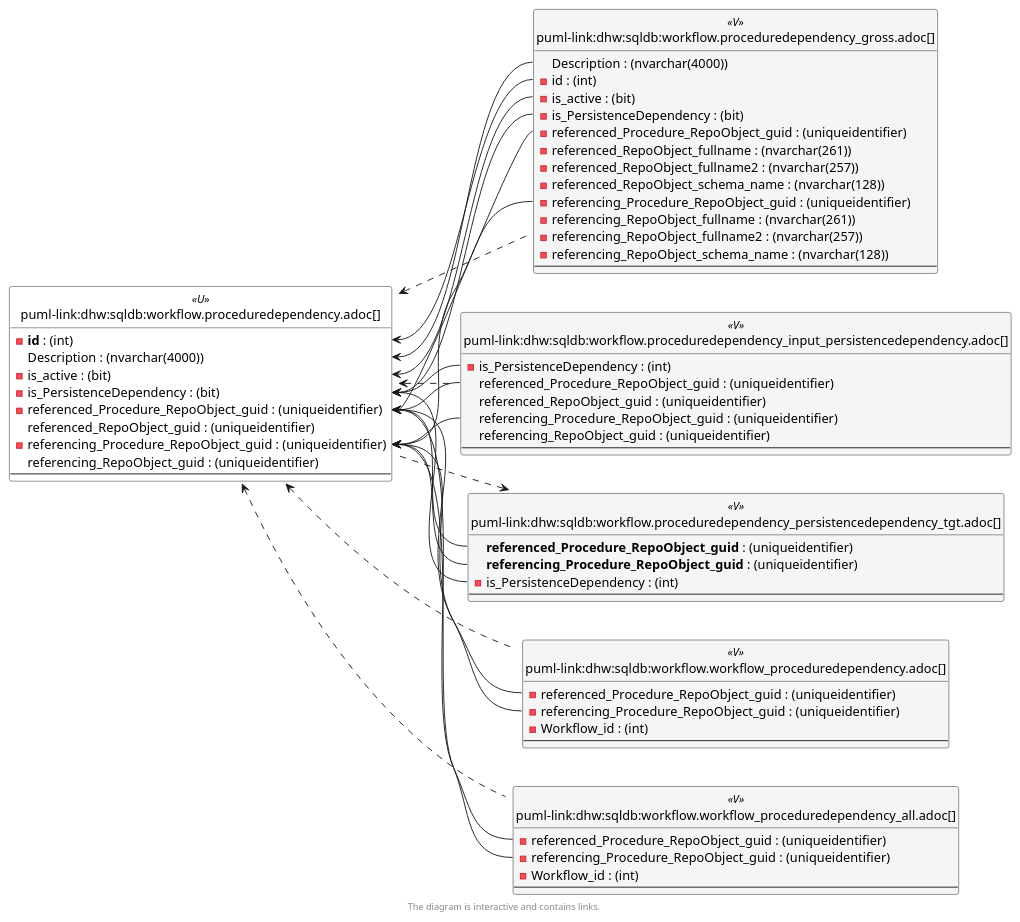
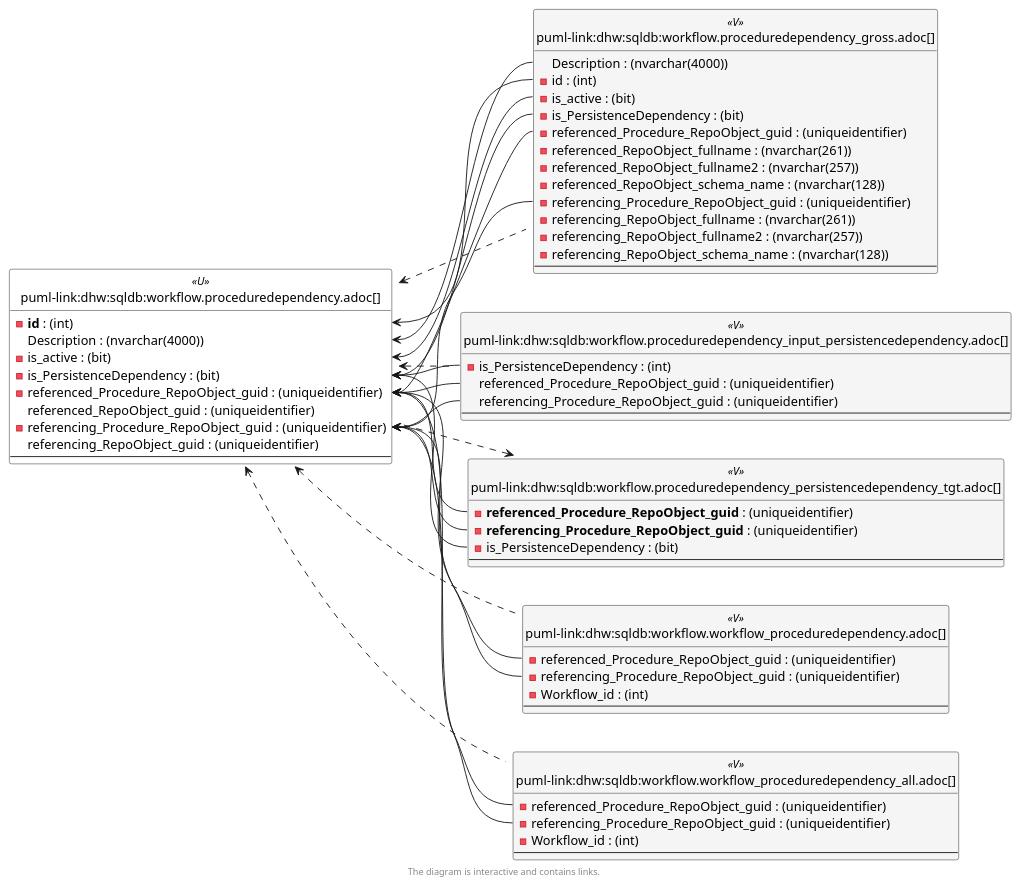
Before and after one commit to DataHandwerk/dhw-antora-sqldb: the sixth of 6 diagrams in docs/modules/sqldb/partials/content/workflow.proceduredependency.adoc, drawn with PlantUML. The commit also changed other lines of this file and 641 other files, not shown here.

```diff
--- a/docs/modules/sqldb/partials/content/workflow.proceduredependency.adoc
+++ b/docs/modules/sqldb/partials/content/workflow.proceduredependency.adoc
@@ -1881,16 +1881,14 @@
 entity "puml-link:dhw:sqldb:workflow.proceduredependency_input_persistencedependency.adoc[]" as workflow.ProcedureDependency_input_PersistenceDependency << V >> {
   - is_PersistenceDependency : (int)
   referenced_Procedure_RepoObject_guid : (uniqueidentifier)
-  referenced_RepoObject_guid : (uniqueidentifier)
   referencing_Procedure_RepoObject_guid : (uniqueidentifier)
-  referencing_RepoObject_guid : (uniqueidentifier)
   --
 }
 
 entity "puml-link:dhw:sqldb:workflow.proceduredependency_persistencedependency_tgt.adoc[]" as workflow.ProcedureDependency_PersistenceDependency_tgt << V >> {
-  **referenced_Procedure_RepoObject_guid** : (uniqueidentifier)
-  **referencing_Procedure_RepoObject_guid** : (uniqueidentifier)
-  - is_PersistenceDependency : (int)
+  - **referenced_Procedure_RepoObject_guid** : (uniqueidentifier)
+  - **referencing_Procedure_RepoObject_guid** : (uniqueidentifier)
+  - is_PersistenceDependency : (bit)
   --
 }
 
```
